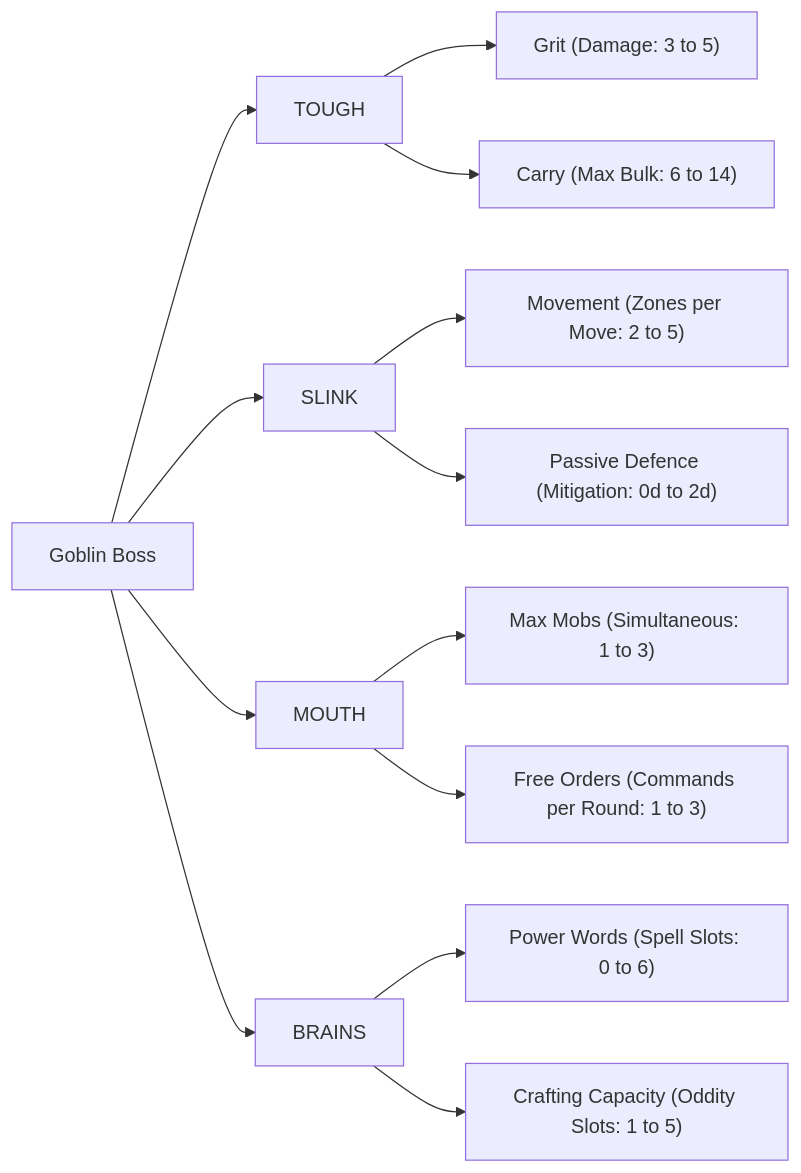
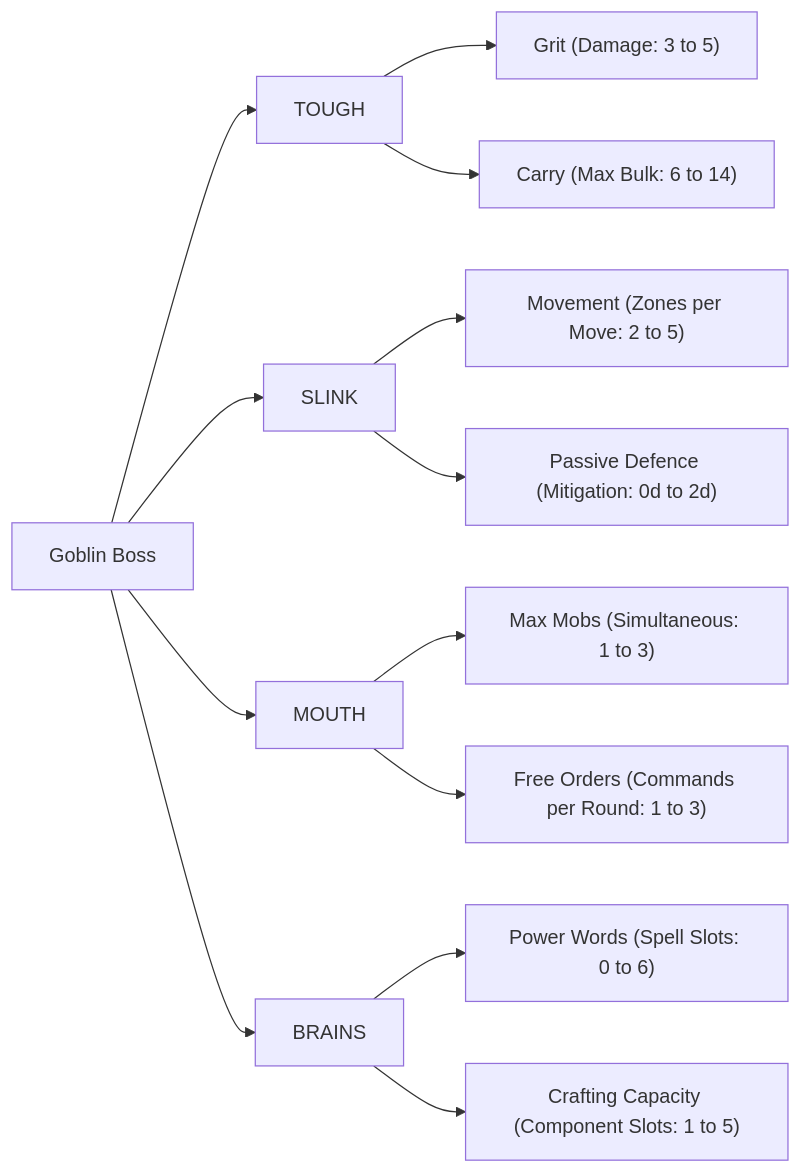
Before and after one commit to antedev/gobbos: the first of 2 diagrams in 02_PROD_Core_Rules/02_Boss_Profile_and_Gang.md, drawn with Mermaid. The commit also changed other lines of this file and 46 other files, not shown here.

````diff
--- a/02_PROD_Core_Rules/02_Boss_Profile_and_Gang.md
+++ b/02_PROD_Core_Rules/02_Boss_Profile_and_Gang.md
@@ -28,19 +28,19 @@
 ```mermaid
 flowchart LR
     BOSS["Goblin Boss"] --> T["TOUGH"]
     BOSS --> S["SLINK"]
     BOSS --> M["MOUTH"]
     BOSS --> B["BRAINS"]
     
     T --> T1["Grit (Damage: 3 to 5)"]
     T --> T2["Carry (Max Bulk: 6 to 14)"]
     
     S --> S1["Movement (Zones per Move: 2 to 5)"]
     S --> S2["Passive Defence (Mitigation: 0d to 2d)"]
     
     M --> M1["Max Mobs (Simultaneous: 1 to 3)"]
     M --> M2["Free Orders (Commands per Round: 1 to 3)"]
     
-    B --> B1["Power Words (Spell Slots: 0 to 6)"]
-    B --> B2["Crafting Capacity (Oddity Slots: 1 to 5)"]
+    B --> F1["Power Words (Spell Slots: 0 to 6)"]
+    B --> F2["Crafting Capacity (Component Slots: 1 to 5)"]
 ```
````
